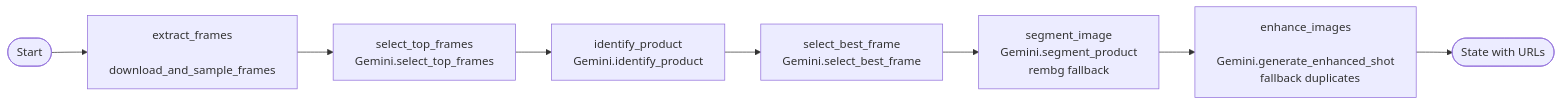
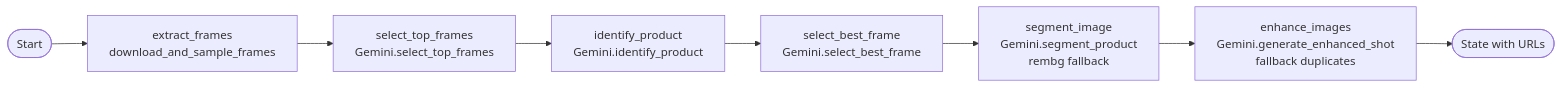
Before and after one commit to rajdesai17/ai-product-image: the second of 2 diagrams in docs/take-home-assignment-summary.md, drawn with Mermaid. The commit also changed other lines of this file, not shown here.

````diff
--- a/docs/take-home-assignment-summary.md
+++ b/docs/take-home-assignment-summary.md
@@ -43,18 +43,10 @@
 ```mermaid
 flowchart LR
-   Start([Start]) --> Extract[extract_frames
-   download_and_sample_frames]
-   Extract --> TopFrames[select_top_frames
-   Gemini.select_top_frames]
-   TopFrames --> Identify[identify_product
-   Gemini.identify_product]
-   Identify --> BestFrame[select_best_frame
-   Gemini.select_best_frame]
-   BestFrame --> Segment[segment_image
-   Gemini.segment_product
-   rembg fallback]
-   Segment --> Enhance[enhance_images
-   Gemini.generate_enhanced_shot
-   fallback duplicates]
+   Start([Start]) --> Extract["extract_frames<br/>download_and_sample_frames"]
+   Extract --> TopFrames["select_top_frames<br/>Gemini.select_top_frames"]
+   TopFrames --> Identify["identify_product<br/>Gemini.identify_product"]
+   Identify --> BestFrame["select_best_frame<br/>Gemini.select_best_frame"]
+   BestFrame --> Segment["segment_image<br/>Gemini.segment_product<br/>rembg fallback"]
+   Segment --> Enhance["enhance_images<br/>Gemini.generate_enhanced_shot<br/>fallback duplicates"]
    Enhance --> End([State with URLs])
 ```
````
